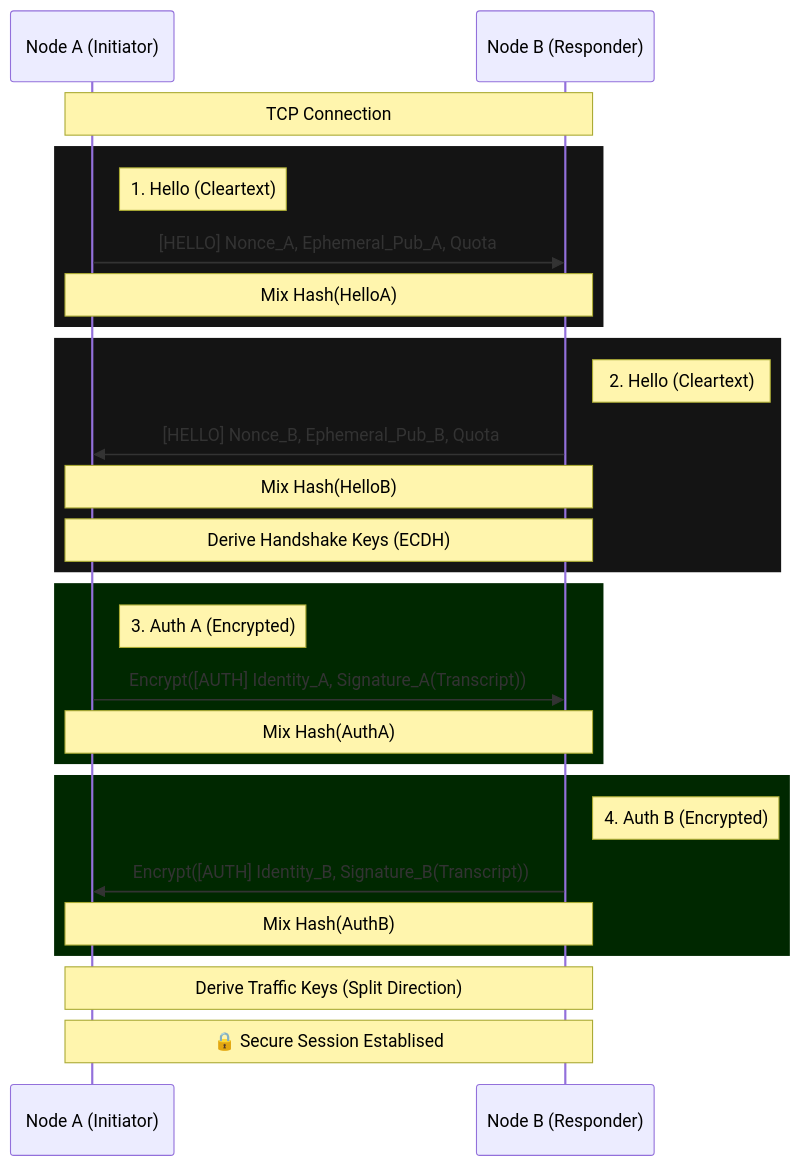
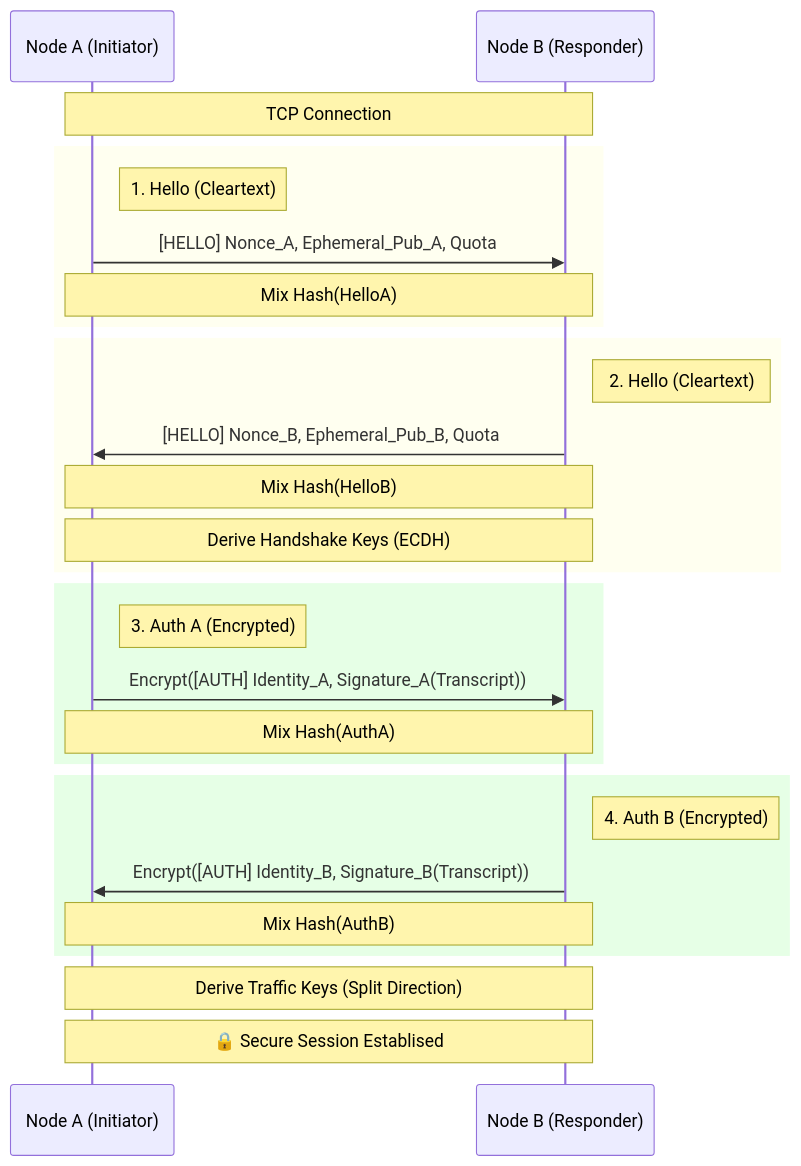
One commit to vibhanshu2001/memcloud changed the fifth of 5 diagrams in docs/architecture.md. Above: the diagram before and after it, drawn with Mermaid.

Commit message:
docs: Lighten architecture diagram rectangle colors.

````diff
--- a/docs/architecture.md
+++ b/docs/architecture.md
@@ -234,35 +234,35 @@
 ```mermaid
 sequenceDiagram
     participant A as Node A (Initiator)
     participant B as Node B (Responder)
 
     Note over A,B: TCP Connection
 
-    rect rgb(20, 20, 20)
+    rect rgb(255, 255, 240)
     Note right of A: 1. Hello (Cleartext)
     A->>B: [HELLO] Nonce_A, Ephemeral_Pub_A, Quota
     Note over A,B: Mix Hash(HelloA)
     end
 
-    rect rgb(20, 20, 20)
+    rect rgb(255, 255, 240)
     Note right of B: 2. Hello (Cleartext)
     B->>A: [HELLO] Nonce_B, Ephemeral_Pub_B, Quota
     Note over A,B: Mix Hash(HelloB)
     Note over A,B: Derive Handshake Keys (ECDH)
     end
 
-    rect rgb(0, 40, 0)
+    rect rgb(230, 255, 230)
     Note right of A: 3. Auth A (Encrypted)
     A->>B: Encrypt([AUTH] Identity_A, Signature_A(Transcript))
     Note over A,B: Mix Hash(AuthA)
     end
 
-    rect rgb(0, 40, 0)
+    rect rgb(230, 255, 230)
     Note right of B: 4. Auth B (Encrypted)
     B->>A: Encrypt([AUTH] Identity_B, Signature_B(Transcript))
     Note over A,B: Mix Hash(AuthB)
     end
 
     Note over A,B: Derive Traffic Keys (Split Direction)
     Note over A,B: 🔒 Secure Session Establised
 ```
````
